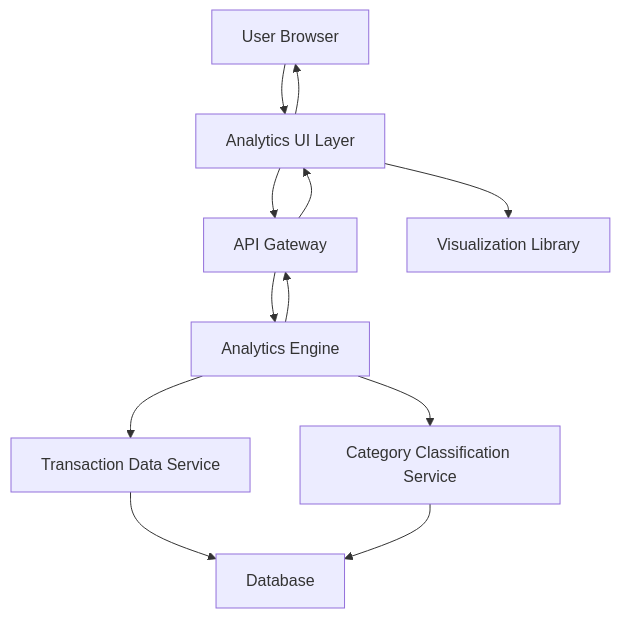
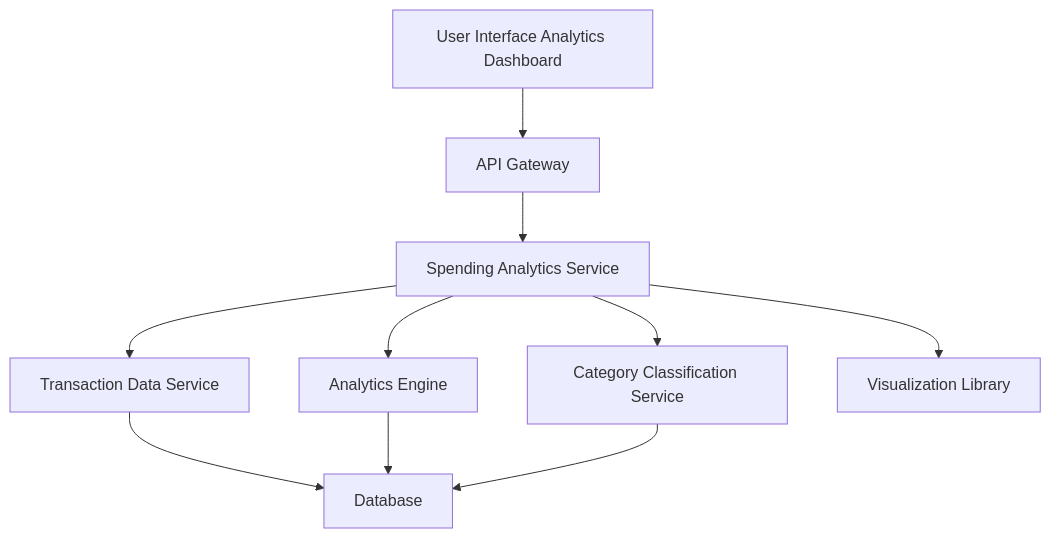
One commit to AAVA-Demo/APB_Demo changed the diagram in HLD/QE-7871_HLD.md. Above: the diagram before and after it, drawn with Mermaid. The commit also changed other lines of this file and 5 other files, not shown here.

````diff
--- a/HLD/QE-7871_HLD.md
+++ b/HLD/QE-7871_HLD.md
@@ -7,22 +7,20 @@
 ```mermaid
 flowchart TD
-    A["User Browser"]
-    B["Analytics UI Layer"]
-    C["API Gateway"]
-    D["Analytics Engine"]
-    E["Transaction Data Service"]
+    A["User Interface Analytics Dashboard"]
+    B["API Gateway"]
+    C["Spending Analytics Service"]
+    D["Transaction Data Service"]
+    E["Analytics Engine"]
     F["Category Classification Service"]
     G["Visualization Library"]
     H["Database"]
     A --> B
-    B --> G
     B --> C
     C --> D
-    D --> E
-    D --> F
+    C --> E
+    C --> F
+    D --> H
     E --> H
     F --> H
-    D --> C
-    C --> B
-    B --> A
+    C --> G
 ```
````
